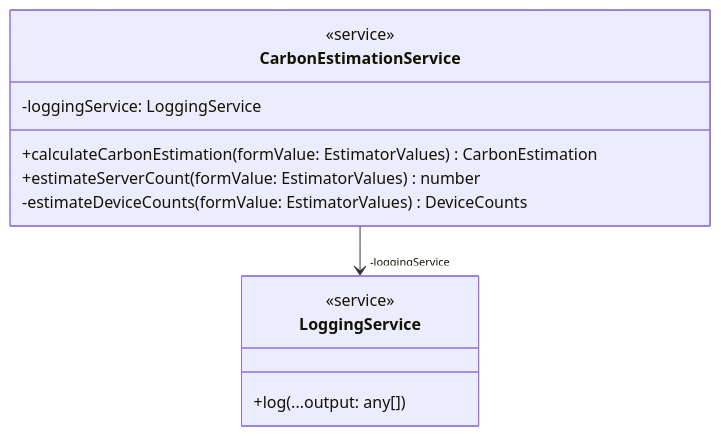
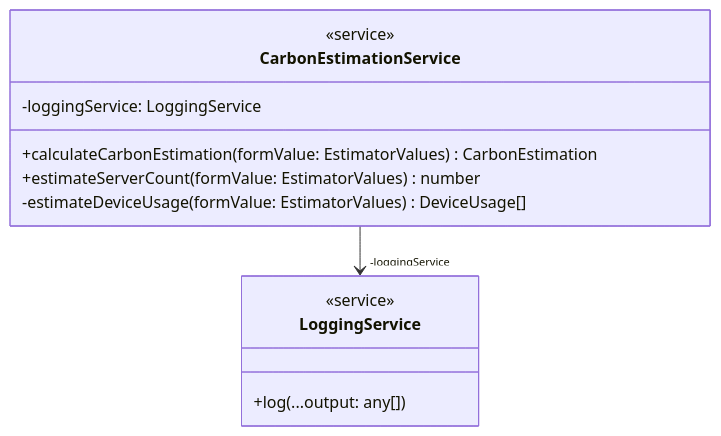
The first of 2 diagrams in docs/services.md (ScottLogic/sl-tech-carbon-estimator), drawn with Mermaid before and after one commit. The commit also changed other lines of this file and 11 other files, not shown here.

````diff
--- a/docs/services.md
+++ b/docs/services.md
@@ -5,17 +5,17 @@
 ```mermaid
 classDiagram
   class CarbonEstimationService{
     <<service>>
     -loggingService: LoggingService 
     +calculateCarbonEstimation(formValue: EstimatorValues) CarbonEstimation
     +estimateServerCount(formValue: EstimatorValues) number
-    -estimateDeviceCounts(formValue: EstimatorValues) DeviceCounts
+    -estimateDeviceUsage(formValue: EstimatorValues) DeviceUsage[]
   }
 
   class LoggingService{
     <<service>>
     +log(...output: any[])
   }
 
   CarbonEstimationService --> "-loggingService" LoggingService
 ```
````
